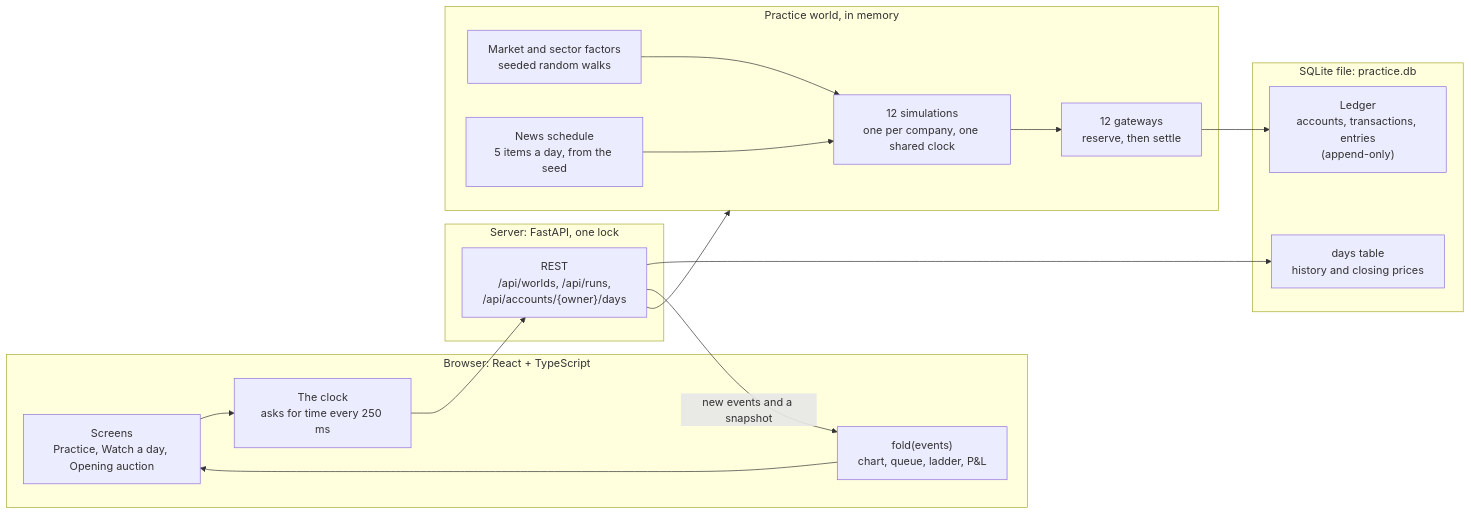
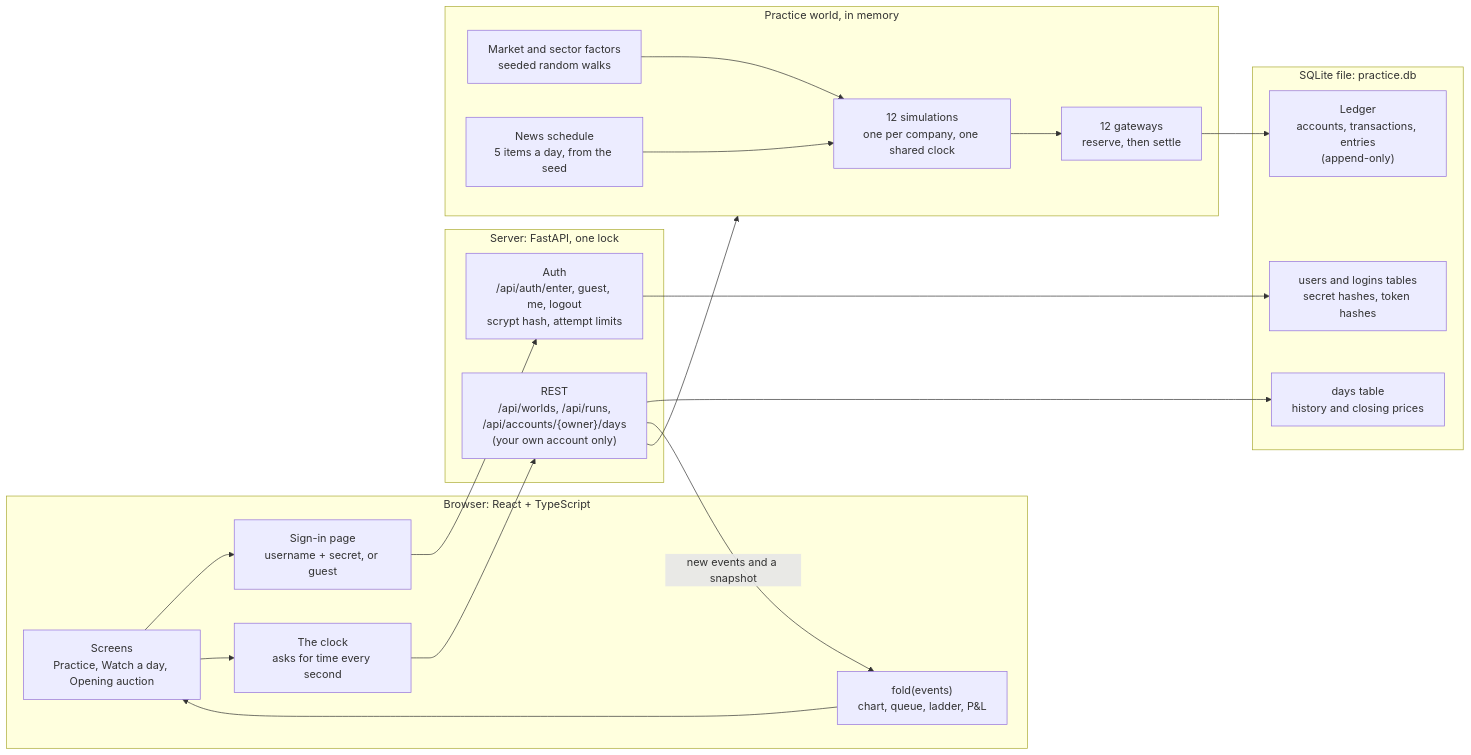
Before and after one commit to shivemn/market-lab: the first of 2 diagrams in README.md, drawn with Mermaid. The commit also changed other lines of this file and 24 other files, not shown here.

Commit message:
Accounts: username and secret sign-in, guests, hashed secrets, attempt limits

````diff
--- a/README.md
+++ b/README.md
@@ -132,28 +136,32 @@
 ```mermaid
 flowchart LR
     subgraph browser["Browser: React + TypeScript"]
         ui["Screens<br/>Practice, Watch a day, Opening auction"]
-        clock["The clock<br/>asks for time every 250 ms"]
+        gate["Sign-in page<br/>username + secret, or guest"]
+        clock["The clock<br/>asks for time every second"]
         fold["fold(events)<br/>chart, queue, ladder, P&L"]
     end
     subgraph server["Server: FastAPI, one lock"]
-        api["REST<br/>/api/worlds, /api/runs,<br/>/api/accounts/{owner}/days"]
+        authn["Auth<br/>/api/auth/enter, guest, me, logout<br/>scrypt hash, attempt limits"]
+        api["REST<br/>/api/worlds, /api/runs,<br/>/api/accounts/{owner}/days<br/>(your own account only)"]
     end
     subgraph world["Practice world, in memory"]
         sims["12 simulations<br/>one per company, one shared clock"]
         factors["Market and sector factors<br/>seeded random walks"]
         news["News schedule<br/>5 items a day, from the seed"]
         gws["12 gateways<br/>reserve, then settle"]
     end
     subgraph disk["SQLite file: practice.db"]
         books["Ledger<br/>accounts, transactions, entries<br/>(append-only)"]
         days["days table<br/>history and closing prices"]
+        users["users and logins tables<br/>secret hashes, token hashes"]
     end
+    ui --> gate --> authn --> users
     ui --> clock --> api
     api --> world
     factors --> sims
     news --> sims
     sims --> gws --> books
     api --> days
     api -- "new events and a snapshot" --> fold --> ui
 ```
````
